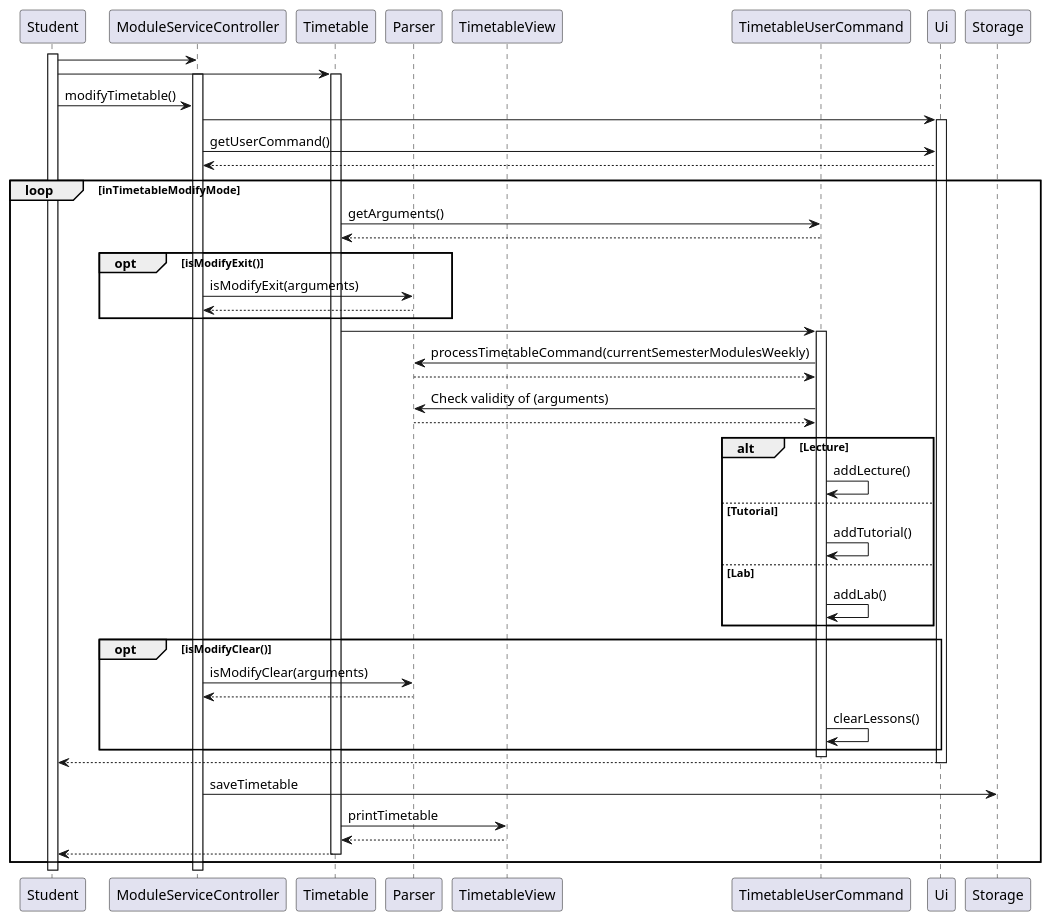
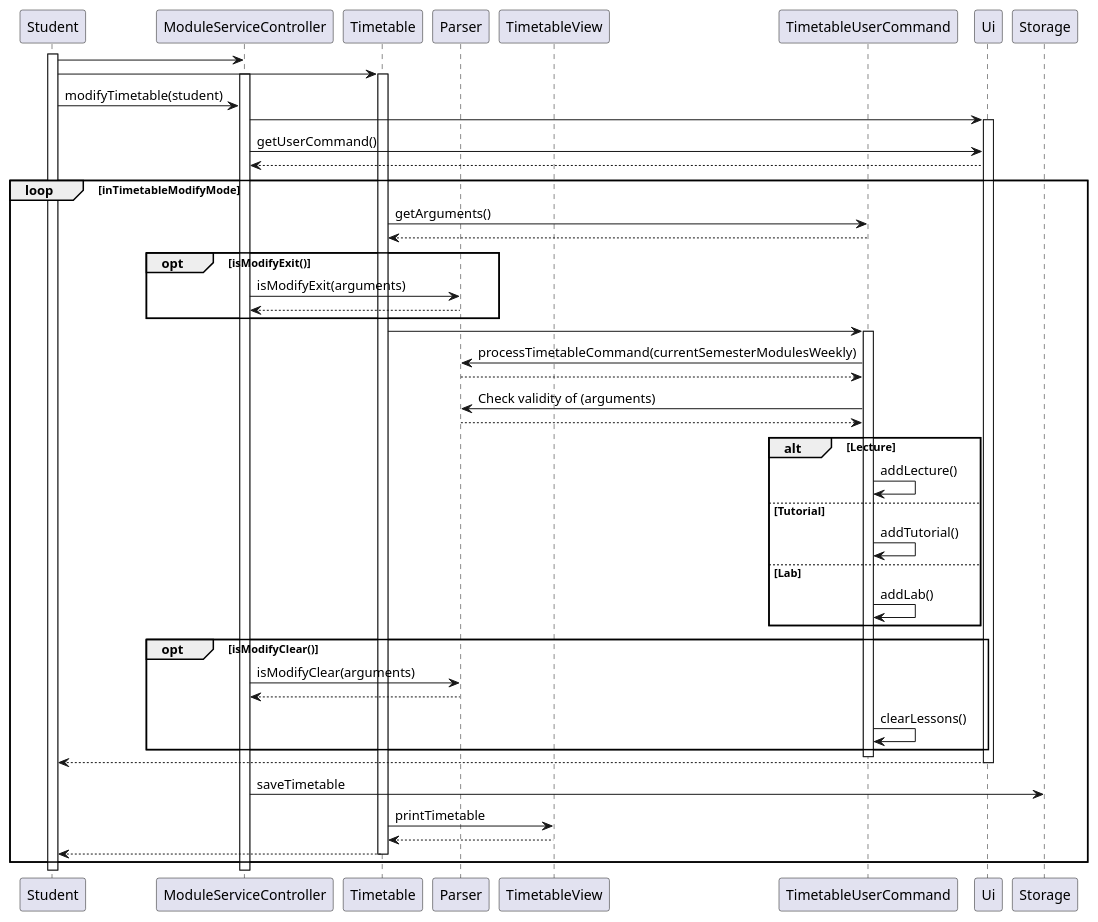
One commit to ryanlohyr/NUSDegs changed the diagram in docs/diagrams/timetableModify.puml. Above: the diagram before and after it, drawn with PlantUML. The commit also changed 1 other file, not shown here.

```diff
--- a/docs/diagrams/timetableModify.puml
+++ b/docs/diagrams/timetableModify.puml
@@ -1,81 +1,80 @@
 @startuml
 
 participant Student
 participant ModuleServiceController
 participant Timetable
 participant Parser
 participant TimetableView
 participant TimetableUserCommand
 
 participant Ui
 participant Storage
 
 
 activate Student
 Student -> ModuleServiceController
 Student -> Timetable
 activate Timetable
 activate ModuleServiceController
-Student -> ModuleServiceController: modifyTimetable()
+Student -> ModuleServiceController: modifyTimetable(student)
 ModuleServiceController -> Ui
 activate Ui
 ModuleServiceController -> Ui: getUserCommand()
 Ui --> ModuleServiceController:
 loop inTimetableModifyMode
     Timetable -> TimetableUserCommand: getArguments()
     TimetableUserCommand --> Timetable
     opt  isModifyExit()
         ModuleServiceController -> Parser: isModifyExit(arguments)
             Parser --> ModuleServiceController
 
     end
     Timetable -> TimetableUserCommand
     activate TimetableUserCommand
 
 
 
     TimetableUserCommand -> Parser: processTimetableCommand(currentSemesterModulesWeekly)
      Parser --> TimetableUserCommand
     TimetableUserCommand -> Parser: Check validity of (arguments)
 
 
     Parser --> TimetableUserCommand
 
 
 
     alt Lecture
     TimetableUserCommand -> TimetableUserCommand: addLecture()
 
 
 
     else Tutorial
      TimetableUserCommand -> TimetableUserCommand: addTutorial()
 
 
     else Lab
     TimetableUserCommand -> TimetableUserCommand: addLab()
 
     end
     opt  isModifyClear()
     ModuleServiceController -> Parser: isModifyClear(arguments)
     Parser --> ModuleServiceController
 
     TimetableUserCommand -> TimetableUserCommand: clearLessons()
 
     end
     deactivate TimetableUserCommand
 
 
         Ui --> Student
         deactivate Ui
     ModuleServiceController -> Storage: saveTimetable
     Timetable -> TimetableView: printTimetable
     TimetableView --> Timetable
     Timetable --> Student
 
     deactivate Timetable
 end
 
 
-
 @enduml
```
